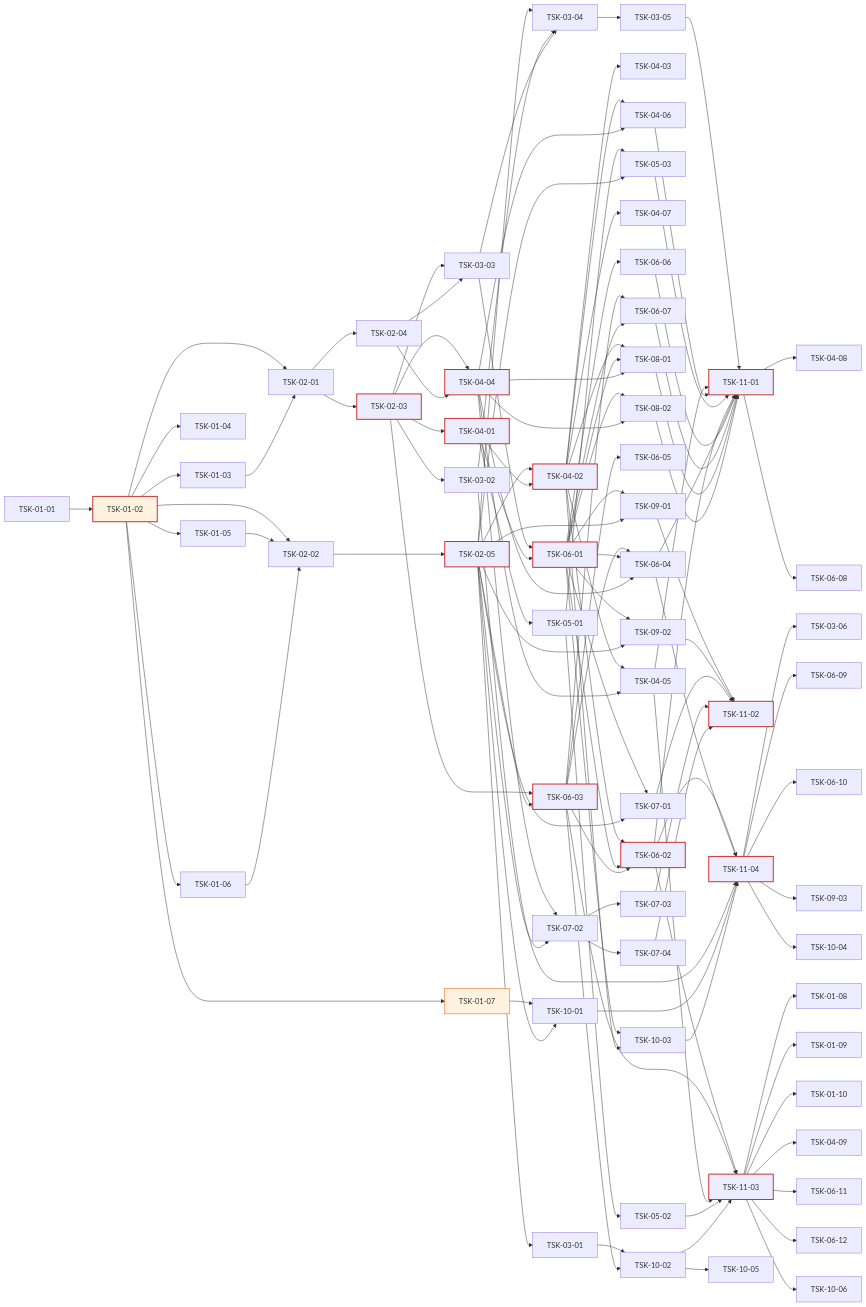
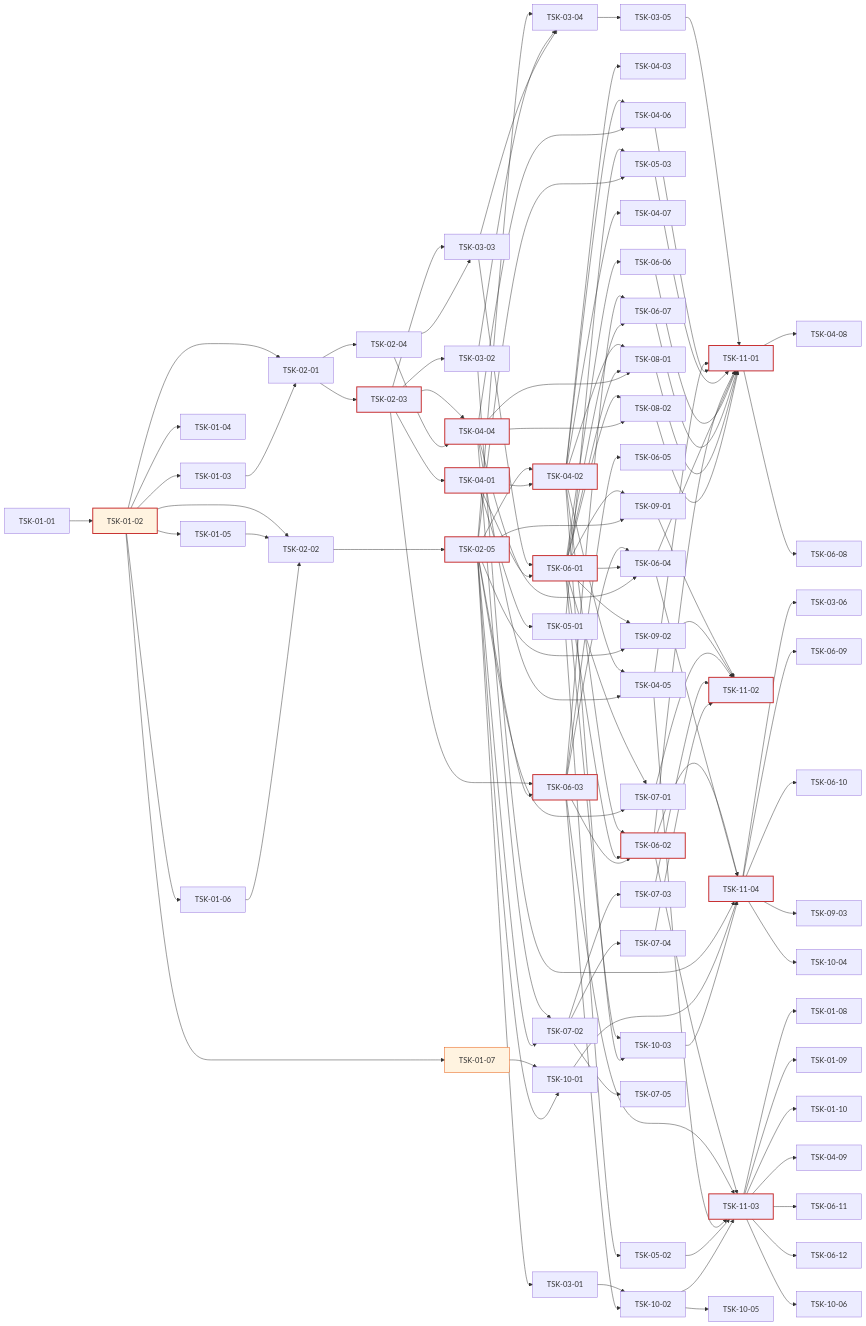
Before and after one commit to jongik-sv/oranda: the diagram in docs/wbs.md, drawn with Mermaid. The commit also changed other lines of this file, not shown here.

Commit message:
docs(wbs): register TSK-07-05 schema browser drag crash on Windows

```diff
--- a/docs/wbs.md
+++ b/docs/wbs.md
@@ -2666,6 +2701,7 @@
   TSK-11-03 --> TSK-06-11
   TSK-11-03 --> TSK-06-12
   TSK-11-03 --> TSK-10-06
+  TSK-07-02 --> TSK-07-05
   style TSK-01-02 fill:#fff3e0,stroke:#e65100
   style TSK-01-07 fill:#fff3e0,stroke:#e65100
   style TSK-01-02 stroke:#c62828,stroke-width:2px
```
